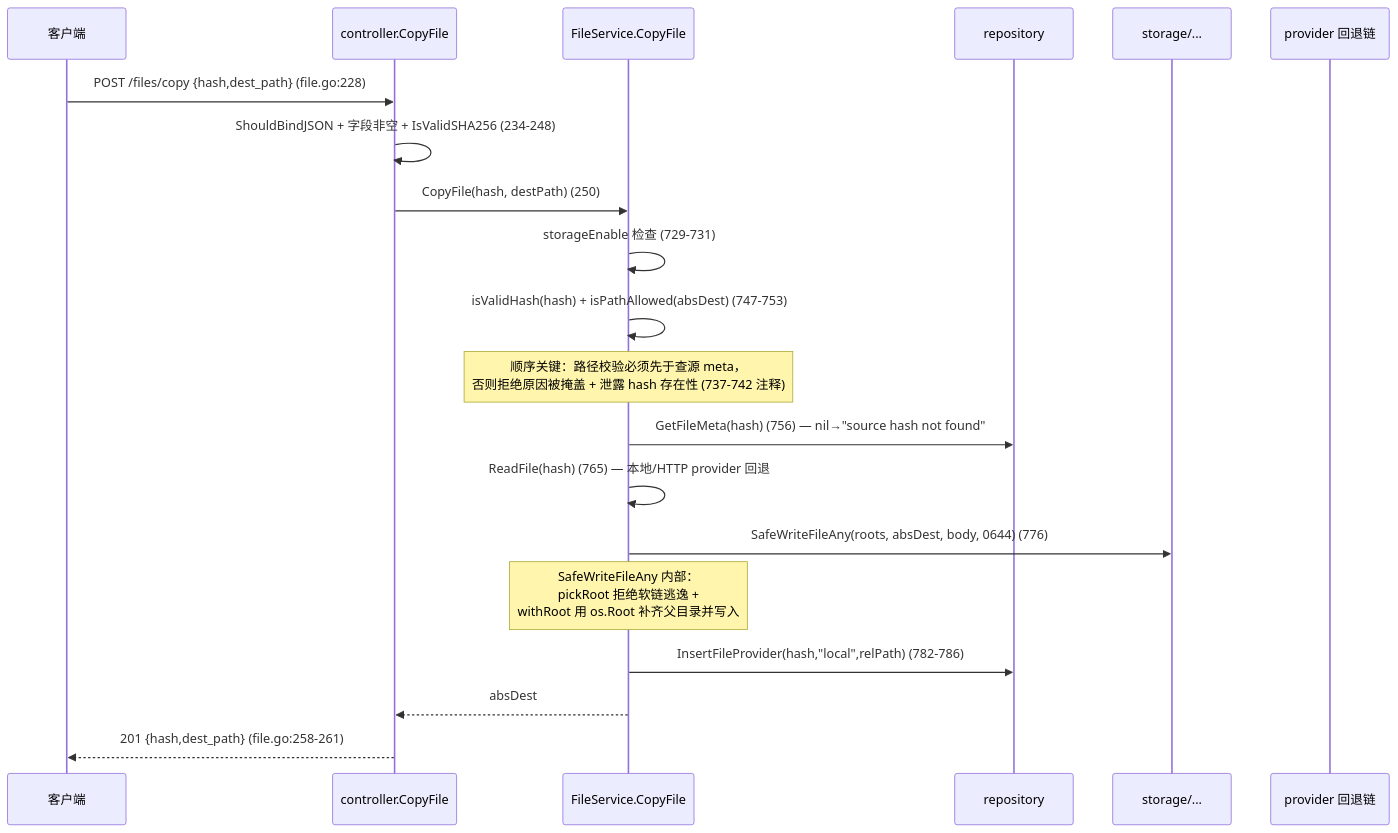
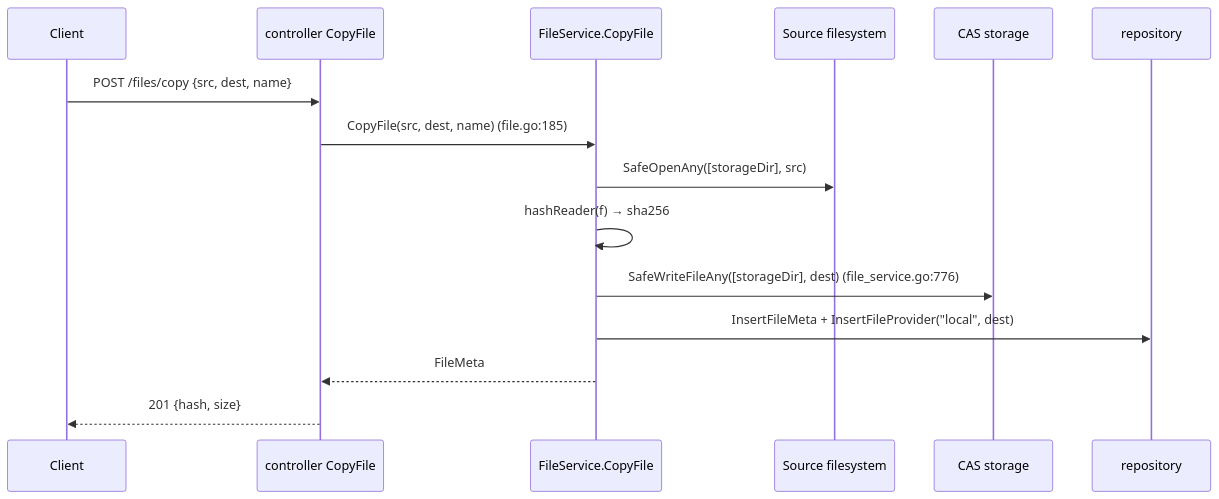
The fifth of 10 diagrams in doc/design/connections/10-controller-storage.md (Hana-ame/peerdrive), drawn with Mermaid before and after one commit. The commit also changed other lines of this file and 357 other files, not shown here.

````diff
--- a/doc/design/connections/10-controller-storage.md
+++ b/doc/design/connections/10-controller-storage.md
@@ -189,23 +142,18 @@
 ```mermaid
 sequenceDiagram
-  participant C as 客户端
-  participant K as controller.CopyFile
+  participant C as Client
+  participant K as controller CopyFile
   participant S as FileService.CopyFile
+  participant FS as Source filesystem
+  participant CAS as CAS storage
   participant DB as repository
-  participant FS as storage/...
-  participant P as provider 回退链
 
-  C->>K: POST /files/copy {hash,dest_path} (file.go:228)
-  K->>K: ShouldBindJSON + 字段非空 + IsValidSHA256 (234-248)
-  K->>S: CopyFile(hash, destPath) (250)
-  S->>S: storageEnable 检查 (729-731)
-  S->>S: isValidHash(hash) + isPathAllowed(absDest) (747-753)
-  Note over S: 顺序关键：路径校验必须先于查源 meta，<br/>否则拒绝原因被掩盖 + 泄露 hash 存在性 (737-742 注释)
-  S->>DB: GetFileMeta(hash) (756) — nil→"source hash not found"
-  S->>S: ReadFile(hash) (765) — 本地/HTTP provider 回退
-  S->>FS: SafeWriteFileAny(roots, absDest, body, 0644) (776)
-  Note over S:SafeWriteFileAny 内部：<br/>pickRoot 拒绝软链逃逸 +<br/>withRoot 用 os.Root 补齐父目录并写入
-  S->>DB: InsertFileProvider(hash,"local",relPath) (782-786)
-  S-->>K: absDest
-  K-->>C: 201 {hash,dest_path} (file.go:258-261)
+  C->>K: POST /files/copy {src, dest, name}
+  K->>S: CopyFile(src, dest, name) (file.go:185)
+  S->>FS: SafeOpenAny([storageDir], src)
+  S->>S: hashReader(f) → sha256
+  S->>CAS: SafeWriteFileAny([storageDir], dest) (file_service.go:776)
+  S->>DB: InsertFileMeta + InsertFileProvider("local", dest)
+  S-->>K: FileMeta
+  K-->>C: 201 {hash, size}
 ```
````
